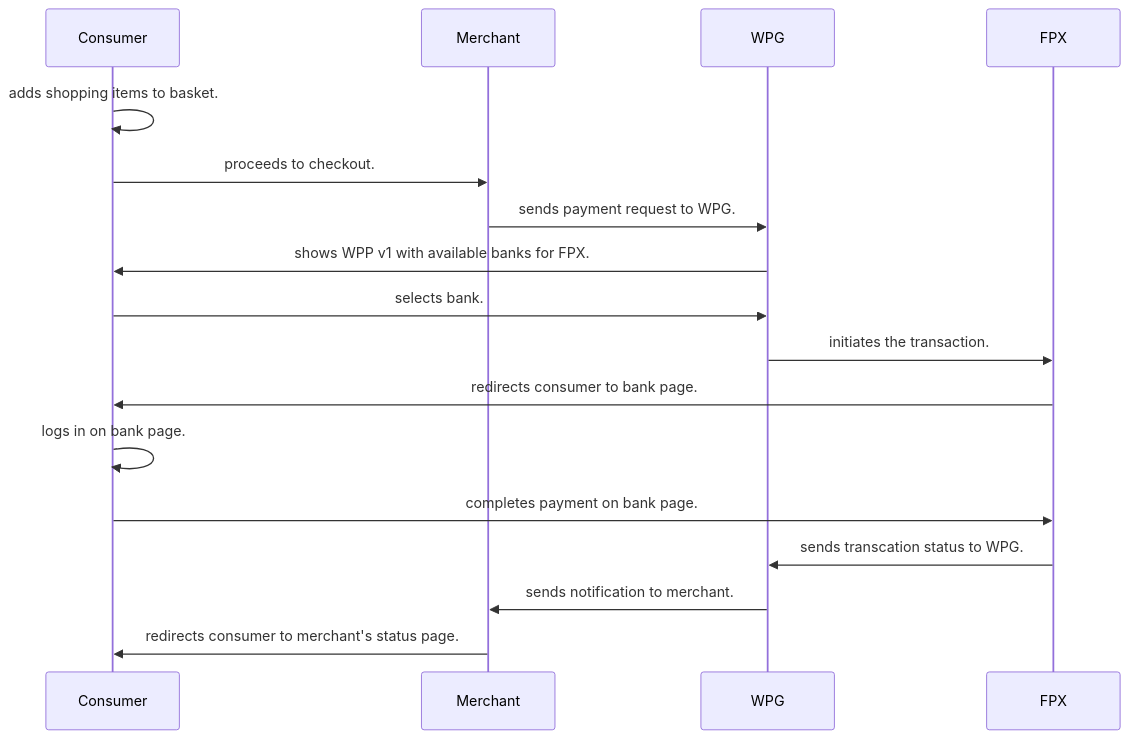
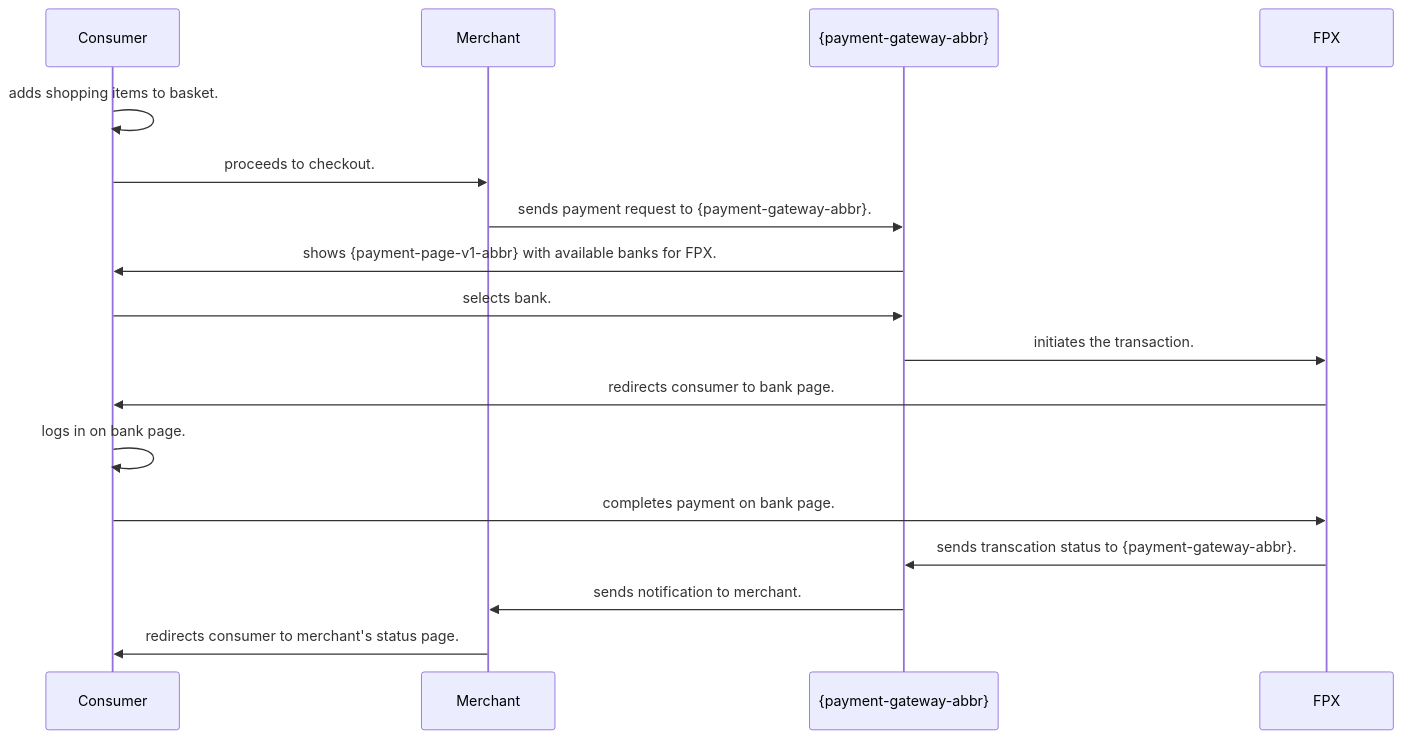
One commit to wirecard/merchant-documentation-gateway changed the diagram in 03-02-13-01-fpx.adoc. Above: the diagram before and after it, drawn with Mermaid. The commit also changed other lines of this file and 1 other file, not shown here.

Commit message:
Add fpx file to index

```diff
--- a/03-02-13-01-fpx.adoc
+++ b/03-02-13-01-fpx.adoc
@@ -47,20 +47,20 @@
 [mermaid, CC_Fields_intro_elements_parentchild,svg,subs=attributes+]
 ----
 sequenceDiagram
     participant Consumer
     participant Merchant
-    participant WPG
+    participant {payment-gateway-abbr}
     participant FPX
 Consumer->>Consumer: adds shopping items to basket.
 Consumer->>Merchant: proceeds to checkout.
-Merchant->>WPG: sends payment request to WPG.
-WPG ->> Consumer: shows WPP v1 with available banks for FPX.
-Consumer->>WPG: selects bank.
-WPG->>FPX: initiates the transaction.
+Merchant->>{payment-gateway-abbr}: sends payment request to {payment-gateway-abbr}.
+{payment-gateway-abbr} ->> Consumer: shows {payment-page-v1-abbr} with available banks for FPX.
+Consumer->>{payment-gateway-abbr}: selects bank.
+{payment-gateway-abbr}->>FPX: initiates the transaction.
 FPX->>Consumer: redirects consumer to bank page.
 Consumer->>Consumer: logs in on bank page.
 Consumer->>FPX: completes payment on bank page.
-FPX->>WPG: sends transcation status to WPG.
-WPG->>Merchant: sends notification to merchant.
+FPX->>{payment-gateway-abbr}: sends transcation status to {payment-gateway-abbr}.
+{payment-gateway-abbr}->>Merchant: sends notification to merchant.
 Merchant->>Consumer: redirects consumer to merchant's status page.
 ----
```
